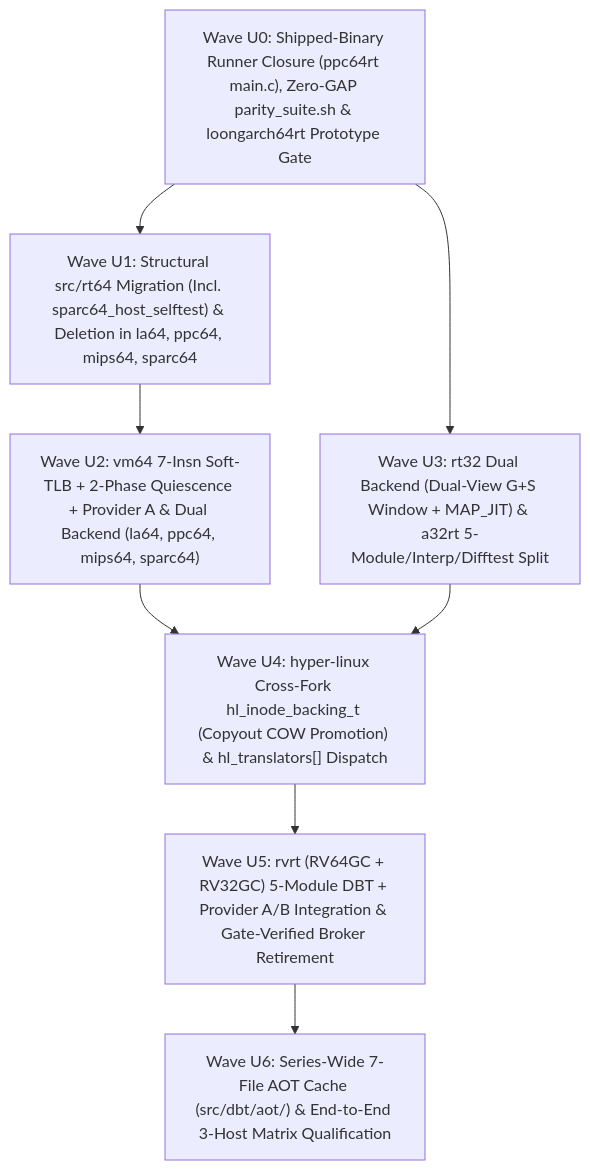
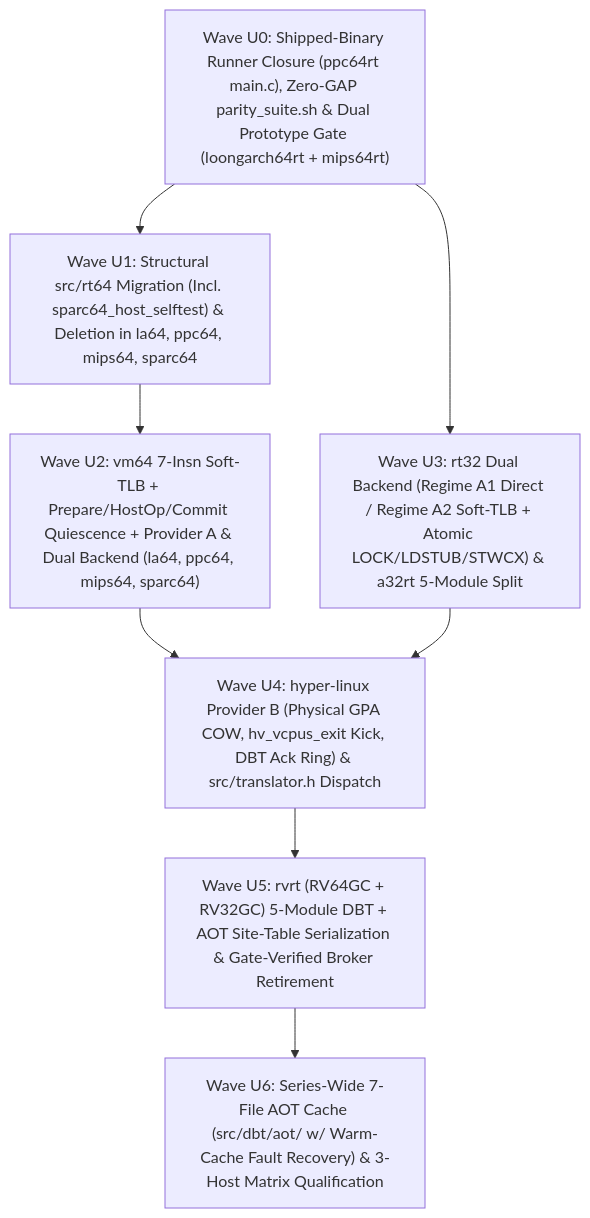
The diagram in docs/UNIFICATION-PLAN.md (zw3rk/rt-series), drawn with Mermaid before and after one commit. The commit also changed other lines of this file and 6 other files, not shown here.

Commit message:
docs: harden UNIFICATION-PLAN.md (Rev 4) after third and fourth architecture reviews

````diff
--- a/docs/UNIFICATION-PLAN.md
+++ b/docs/UNIFICATION-PLAN.md
@@ -580,18 +661,18 @@
 ```mermaid
 flowchart TD
-    U0["Wave U0: Shipped-Binary Runner Closure (ppc64rt main.c), Zero-GAP parity_suite.sh & loongarch64rt Prototype Gate"]
+    U0["Wave U0: Shipped-Binary Runner Closure (ppc64rt main.c), Zero-GAP parity_suite.sh & Dual Prototype Gate (loongarch64rt + mips64rt)"]
     U1["Wave U1: Structural src/rt64 Migration (Incl. sparc64_host_selftest) & Deletion in la64, ppc64, mips64, sparc64"]
-    U2["Wave U2: vm64 7-Insn Soft-TLB + 2-Phase Quiescence + Provider A & Dual Backend (la64, ppc64, mips64, sparc64)"]
-    U3["Wave U3: rt32 Dual Backend (Dual-View G+S Window + MAP_JIT) & a32rt 5-Module/Interp/Difftest Split"]
-    U4["Wave U4: hyper-linux Cross-Fork hl_inode_backing_t (Copyout COW Promotion) & hl_translators[] Dispatch"]
-    U5["Wave U5: rvrt (RV64GC + RV32GC) 5-Module DBT + Provider A/B Integration & Gate-Verified Broker Retirement"]
-    U6["Wave U6: Series-Wide 7-File AOT Cache (src/dbt/aot/) & End-to-End 3-Host Matrix Qualification"]
+    U2["Wave U2: vm64 7-Insn Soft-TLB + Prepare/HostOp/Commit Quiescence + Provider A & Dual Backend (la64, ppc64, mips64, sparc64)"]
+    U3["Wave U3: rt32 Dual Backend (Regime A1 Direct / Regime A2 Soft-TLB + Atomic LOCK/LDSTUB/STWCX) & a32rt 5-Module Split"]
+    U4["Wave U4: hyper-linux Provider B (Physical GPA COW, hv_vcpus_exit Kick, DBT Ack Ring) & src/translator.h Dispatch"]
+    U5["Wave U5: rvrt (RV64GC + RV32GC) 5-Module DBT + AOT Site-Table Serialization & Gate-Verified Broker Retirement"]
+    U6["Wave U6: Series-Wide 7-File AOT Cache (src/dbt/aot/ w/ Warm-Cache Fault Recovery) & 3-Host Matrix Qualification"]
 
     U0 --> U1
     U1 --> U2
     U0 --> U3
     U2 --> U4
     U3 --> U4
     U4 --> U5
     U5 --> U6
 ```
````
